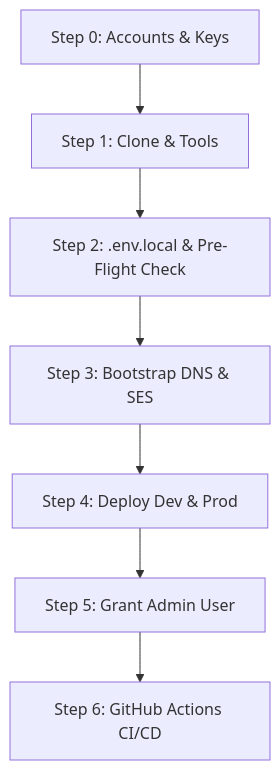
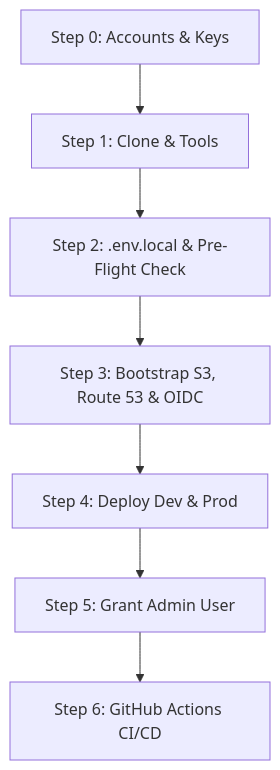
Before and after one commit to venkatesh-singamsetty/cricscore: the diagram in docs/deployment.md, drawn with Mermaid. The commit also changed other lines of this file and 35 other files, not shown here.

````diff
--- a/docs/deployment.md
+++ b/docs/deployment.md
@@ -8,9 +8,9 @@
 ```mermaid
 flowchart TD
     S0["Step 0: Accounts & Keys"] --> S1["Step 1: Clone & Tools"]
     S1 --> S2["Step 2: .env.local & Pre-Flight Check"]
-    S2 --> S3["Step 3: Bootstrap DNS & SES"]
+    S2 --> S3["Step 3: Bootstrap S3, Route 53 & OIDC"]
     S3 --> S4["Step 4: Deploy Dev & Prod"]
     S4 --> S5["Step 5: Grant Admin User"]
     S5 --> S6["Step 6: GitHub Actions CI/CD"]
 ```
````
